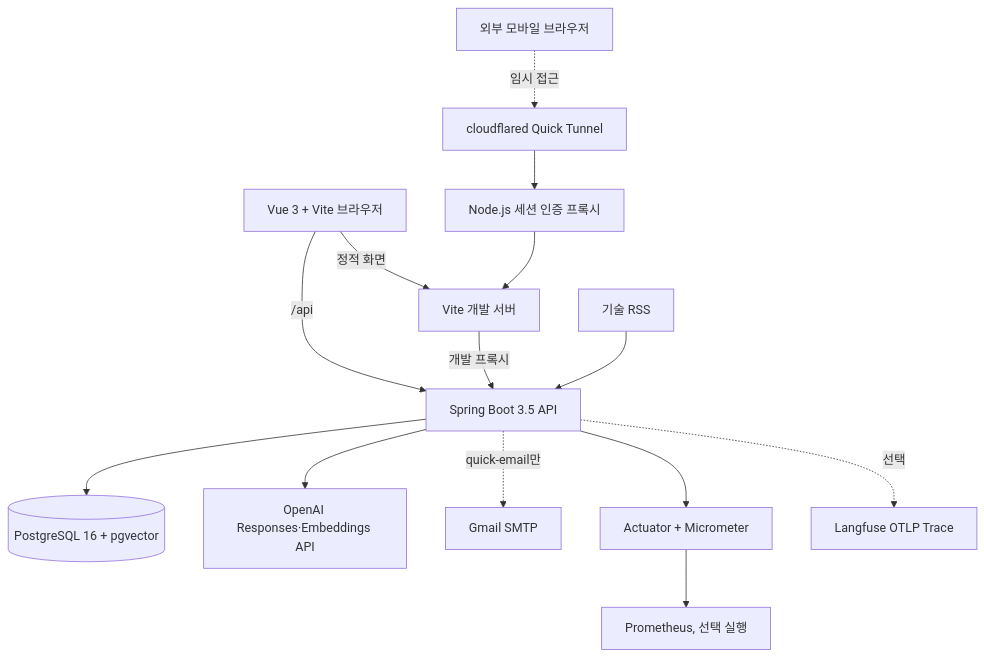
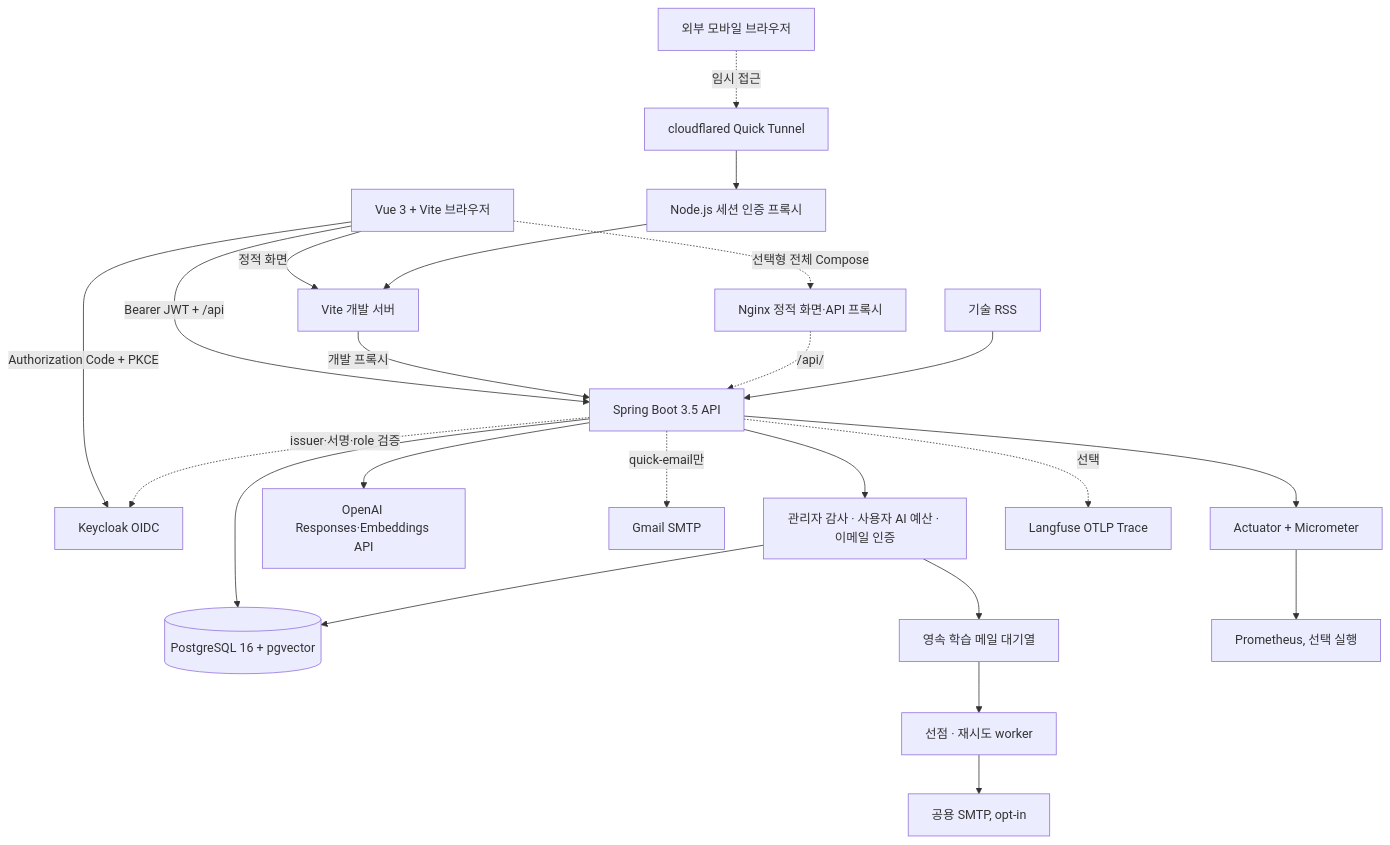
Before and after one commit to eunjuny/auknowlog: the second of 4 diagrams in docs/PROJECT_GUIDE.md, drawn with Mermaid. The commit also changed other lines of this file and 109 other files, not shown here.

````diff
--- a/docs/PROJECT_GUIDE.md
+++ b/docs/PROJECT_GUIDE.md
@@ -41,18 +43,27 @@
 ```mermaid
 flowchart TB
-    Browser[Vue 3 + Vite 브라우저] -->|/api| Backend[Spring Boot 3.5 API]
+    Browser[Vue 3 + Vite 브라우저] -->|Authorization Code + PKCE| Keycloak[Keycloak OIDC]
+    Browser -->|Bearer JWT + /api| Backend[Spring Boot 3.5 API]
+    Backend -. issuer·서명·role 검증 .-> Keycloak
     Browser -->|정적 화면| Vite[Vite 개발 서버]
     Vite -->|개발 프록시| Backend
+    Browser -. 선택형 전체 Compose .-> Nginx[Nginx 정적 화면·API 프록시]
+    Nginx -. /api/ .-> Backend
 
     Backend --> Postgres[(PostgreSQL 16 + pgvector)]
+    Backend --> AccountOps[관리자 감사 · 사용자 AI 예산 · 이메일 인증]
+    AccountOps --> Postgres
+    AccountOps --> Outbox[영속 학습 메일 대기열]
+    Outbox --> MailWorker[선점 · 재시도 worker]
+    MailWorker --> LearningSMTP[공용 SMTP, opt-in]
     Backend --> OpenAI[OpenAI Responses·Embeddings API]
     RSS[기술 RSS] --> Backend
     Backend -. quick-email만 .-> Mail[Gmail SMTP]
     Backend --> Metrics[Actuator + Micrometer]
     Metrics --> Prometheus[Prometheus, 선택 실행]
     Backend -. 선택 .-> Langfuse[Langfuse OTLP Trace]
 
     Mobile[외부 모바일 브라우저] -. 임시 접근 .-> Tunnel[cloudflared Quick Tunnel]
     Tunnel --> AuthProxy[Node.js 세션 인증 프록시]
     AuthProxy --> Vite
 ```
````
